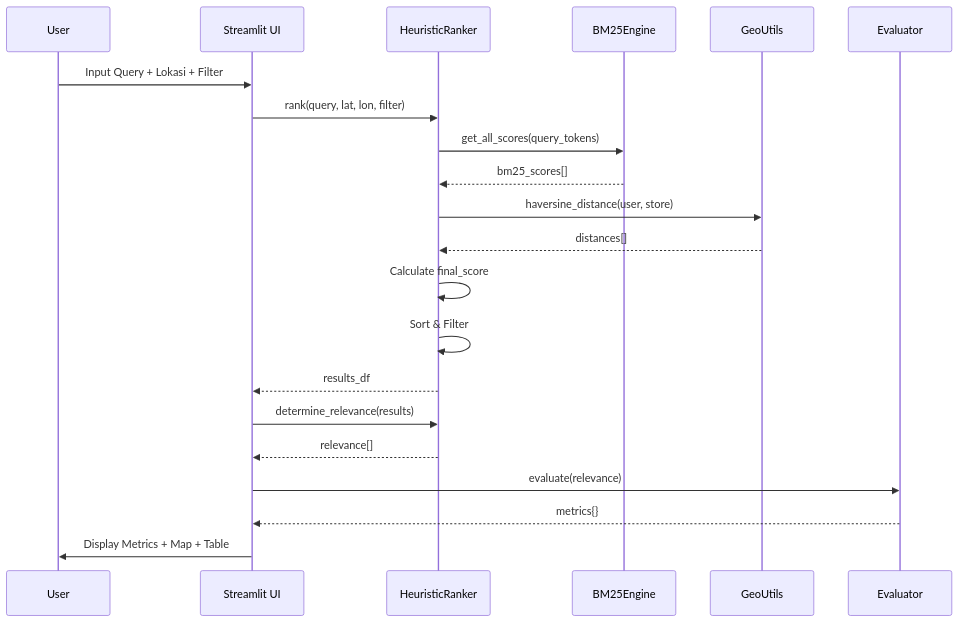
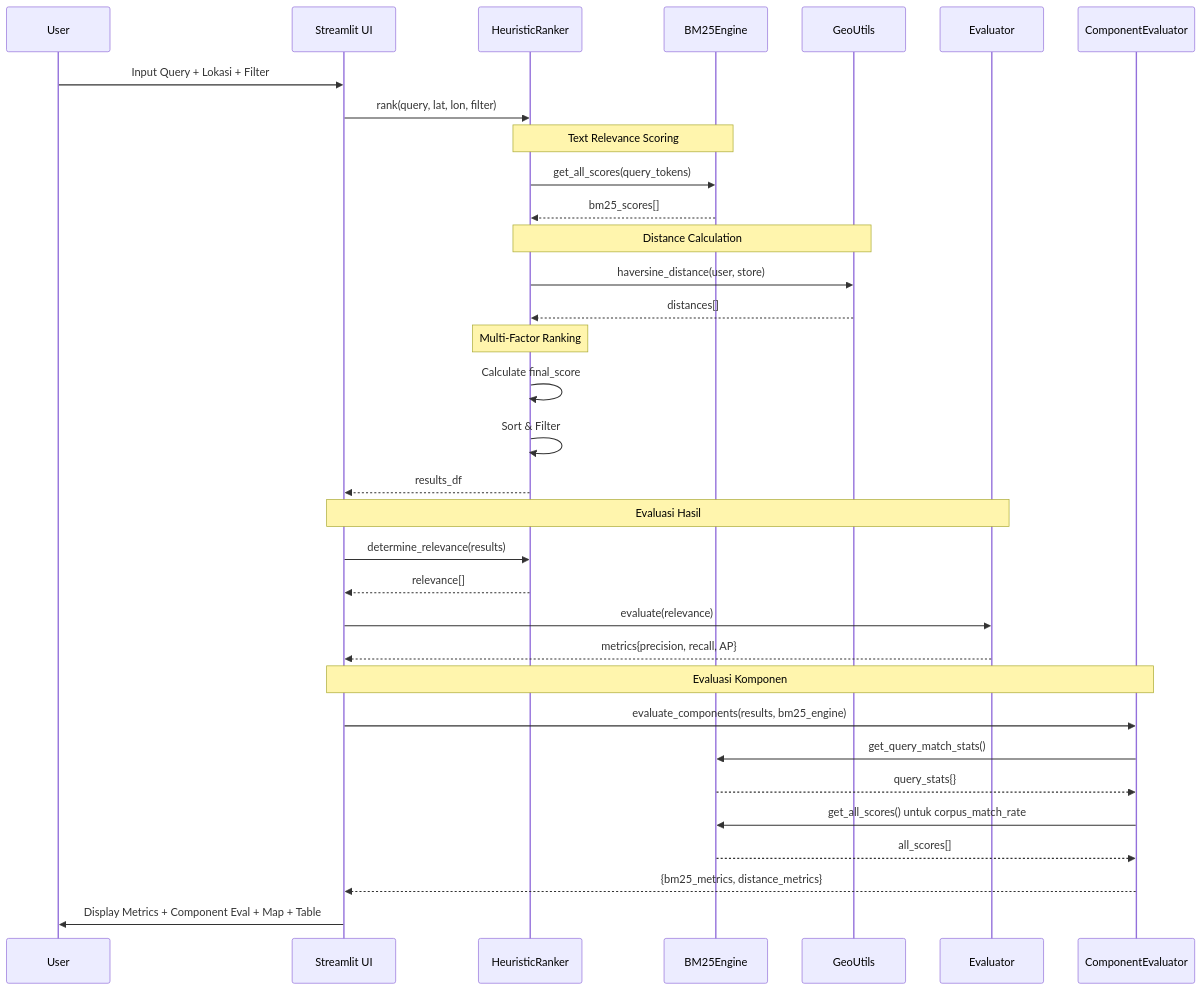
The second of 4 diagrams in docs/LAPORAN_UAS.md (nandana05-tech/sr-uas), drawn with Mermaid before and after one commit. The commit also changed other lines of this file, not shown here.

Commit message:
docs: expand LAPORAN_UAS with component evaluation details and examples

````diff
--- a/docs/LAPORAN_UAS.md
+++ b/docs/LAPORAN_UAS.md
@@ -175,30 +175,43 @@
 ```mermaid
 sequenceDiagram
     participant User
     participant UI as Streamlit UI
     participant Ranker as HeuristicRanker
     participant BM25 as BM25Engine
     participant Geo as GeoUtils
     participant Eval as Evaluator
+    participant CompEval as ComponentEvaluator
 
     User->>UI: Input Query + Lokasi + Filter
     UI->>Ranker: rank(query, lat, lon, filter)
     
+    Note over Ranker,BM25: Text Relevance Scoring
     Ranker->>BM25: get_all_scores(query_tokens)
     BM25-->>Ranker: bm25_scores[]
     
+    Note over Ranker,Geo: Distance Calculation
     Ranker->>Geo: haversine_distance(user, store)
     Geo-->>Ranker: distances[]
     
+    Note over Ranker: Multi-Factor Ranking
     Ranker->>Ranker: Calculate final_score
     Ranker->>Ranker: Sort & Filter
     Ranker-->>UI: results_df
     
+    Note over UI,Eval: Evaluasi Hasil
     UI->>Ranker: determine_relevance(results)
     Ranker-->>UI: relevance[]
     
     UI->>Eval: evaluate(relevance)
-    Eval-->>UI: metrics{}
+    Eval-->>UI: metrics{precision, recall, AP}
     
-    UI->>User: Display Metrics + Map + Table
+    Note over UI,CompEval: Evaluasi Komponen
+    UI->>CompEval: evaluate_components(results, bm25_engine)
+    CompEval->>BM25: get_query_match_stats()
+    BM25-->>CompEval: query_stats{}
+    CompEval->>BM25: get_all_scores() untuk corpus_match_rate
+    BM25-->>CompEval: all_scores[]
+    CompEval-->>UI: {bm25_metrics, distance_metrics}
+    
+    UI->>User: Display Metrics + Component Eval + Map + Table
 ```
````
